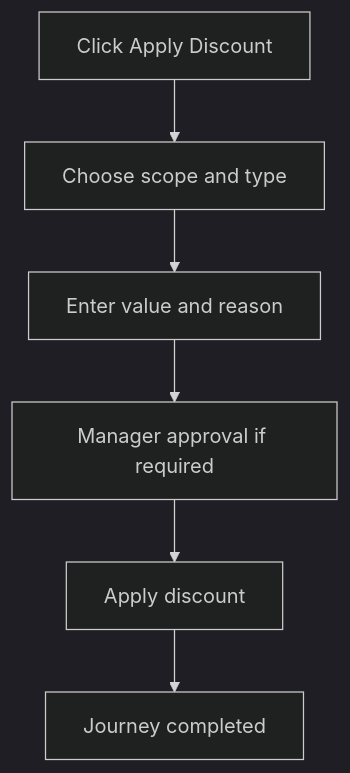
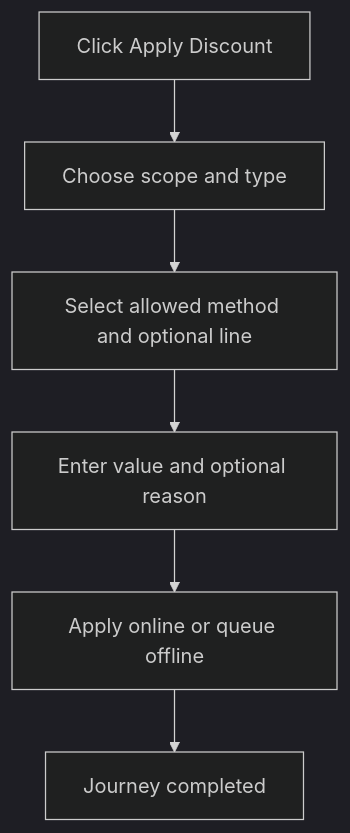
One commit to unicomproject/Pos-system-Knowledge changed the diagram in 03_USER_JOURNEYS/Cashier/05_Discount_Flow.md. Above: the diagram before and after it, drawn with Mermaid (dark theme). The commit also changed other lines of this file and 61 other files, not shown here.

````diff
--- a/03_USER_JOURNEYS/Cashier/05_Discount_Flow.md
+++ b/03_USER_JOURNEYS/Cashier/05_Discount_Flow.md
@@ -46,9 +41,9 @@
 ```mermaid
 flowchart TD
     S1[Click Apply Discount]
     S1 --> S2[Choose scope and type]
-    S2 --> S3[Enter value and reason]
-    S3 --> S4[Manager approval if required]
-    S4 --> S5[Apply discount]
+    S2 --> S3[Select allowed method and optional line]
+    S3 --> S4[Enter value and optional reason]
+    S4 --> S5[Apply online or queue offline]
     S5 --> Done[Journey completed]
 ```
````
